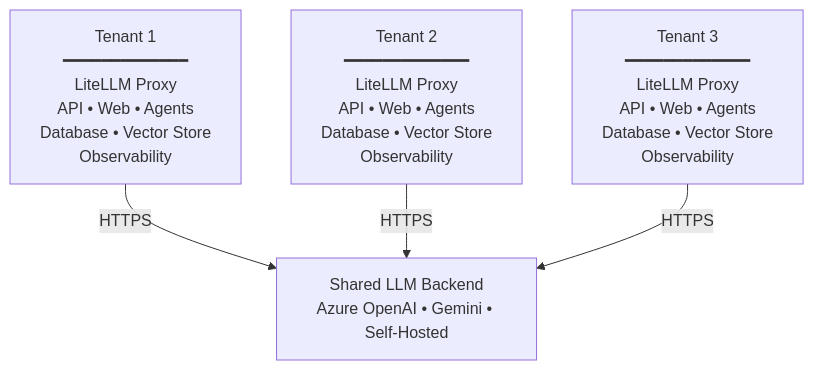
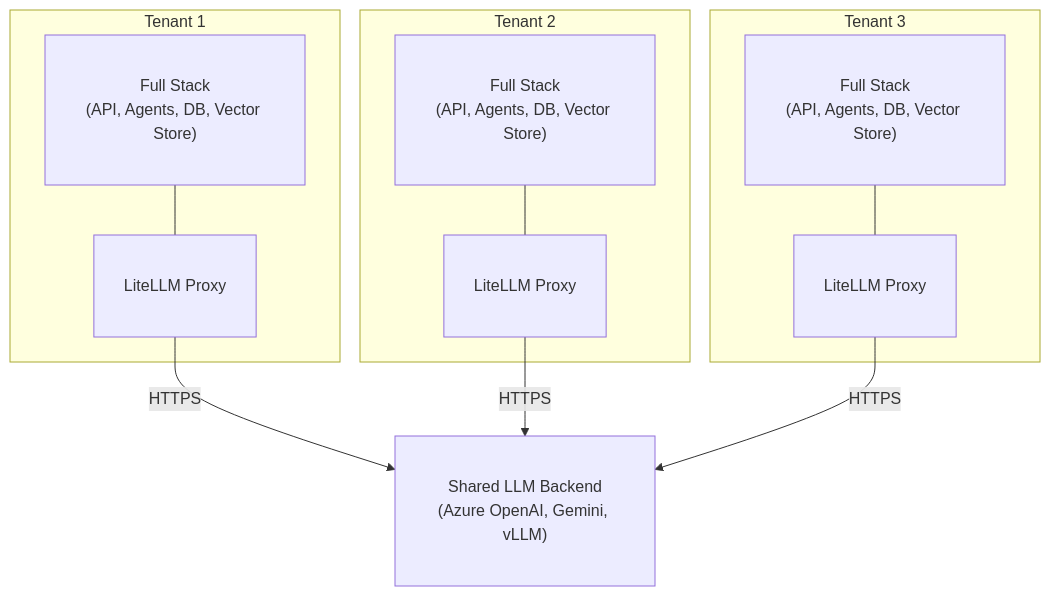
The diagram in aihub_doc/docs/2_platform/3_deployment_guide/1_deployment_options/index.en.md (bbvch-ai/aihub-core), drawn with Mermaid before and after one commit. The commit also changed 1 other file, not shown here.

Commit message:
docs: Update deployment and log aggregation guides with refined Mermaid diagrams and consistent styling

````diff
--- a/aihub_doc/docs/2_platform/3_deployment_guide/1_deployment_options/index.en.md
+++ b/aihub_doc/docs/2_platform/3_deployment_guide/1_deployment_options/index.en.md
@@ -210,12 +210,28 @@
 ```mermaid
 graph TB
-    Backend["Shared LLM Backend<br/>Azure OpenAI • Gemini • Self-Hosted"]
+    Backend["Shared LLM Backend<br/>(Azure OpenAI, Gemini, vLLM)"]
 
-    T1["Tenant 1<br/>━━━━━━━━━━━━━<br/>LiteLLM Proxy<br/>API • Web • Agents<br/>Database • Vector Store<br/>Observability"]
-    T2["Tenant 2<br/>━━━━━━━━━━━━━<br/>LiteLLM Proxy<br/>API • Web • Agents<br/>Database • Vector Store<br/>Observability"]
-    T3["Tenant 3<br/>━━━━━━━━━━━━━<br/>LiteLLM Proxy<br/>API • Web • Agents<br/>Database • Vector Store<br/>Observability"]
+    subgraph Tenant1["Tenant 1"]
+        T1Stack["Full Stack<br/>(API, Agents, DB, Vector Store)"]
+        T1Proxy["LiteLLM Proxy"]
+        T1Stack --- T1Proxy
+    end
 
-    T1 -->|HTTPS| Backend
-    T2 -->|HTTPS| Backend
-    T3 -->|HTTPS| Backend
+    subgraph Tenant2["Tenant 2"]
+        T2Stack["Full Stack<br/>(API, Agents, DB, Vector Store)"]
+        T2Proxy["LiteLLM Proxy"]
+        T2Stack --- T2Proxy
+    end
+
+    subgraph Tenant3["Tenant 3"]
+        T3Stack["Full Stack<br/>(API, Agents, DB, Vector Store)"]
+        T3Proxy["LiteLLM Proxy"]
+        T3Stack --- T3Proxy
+    end
+
+    T1Proxy -->|HTTPS| Backend
+    T2Proxy -->|HTTPS| Backend
+    T3Proxy -->|HTTPS| Backend
+
+    classDef default font-size:16px,padding:20px
 ```
````
